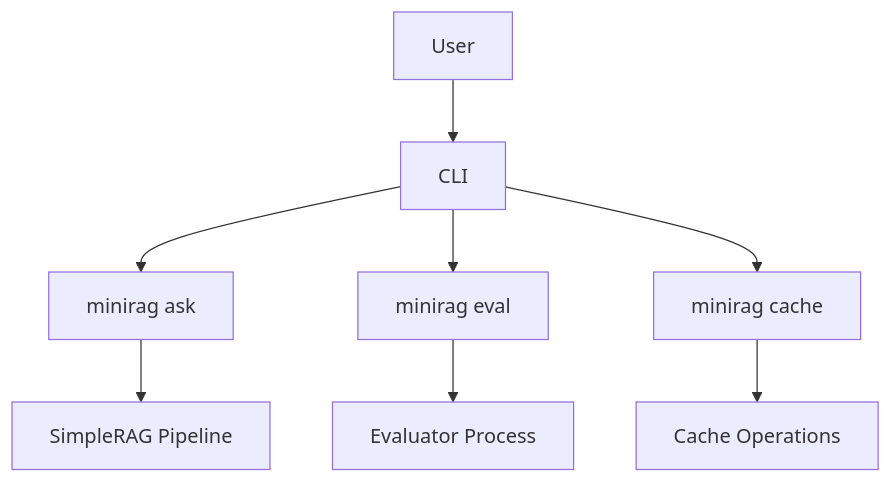
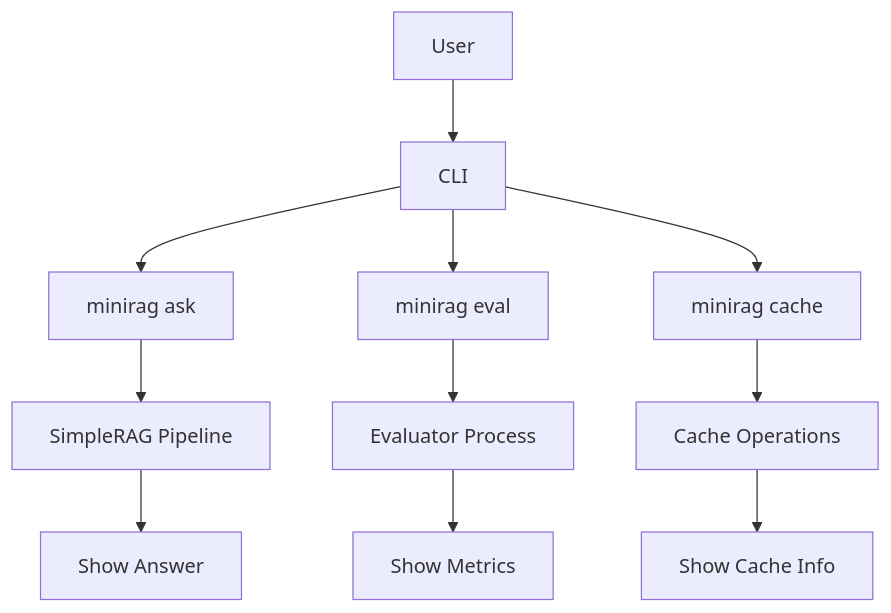
One commit to letanure/haystack-mini-rag changed the first of 2 diagrams in README.md. Above: the diagram before and after it, drawn with Mermaid.

Commit message:
Complete the flow cycle - all commands show results to user
- ask -> SimpleRAG Pipeline -> Show Answer
- eval -> Evaluator Process -> Show Metrics
- cache -> Cache Operations -> Show Cache Info
- Complete user interaction cycle

````diff
--- a/README.md
+++ b/README.md
@@ -7,12 +7,16 @@
 ```mermaid
 flowchart TD
     A[User] --> B[CLI]
     
     B --> C[minirag ask]
     B --> D[minirag eval]
     B --> E[minirag cache]
     
     C --> F[SimpleRAG Pipeline]
     D --> G[Evaluator Process]
     E --> H[Cache Operations]
+    
+    F --> I[Show Answer]
+    G --> J[Show Metrics]
+    H --> K[Show Cache Info]
 ```
````
